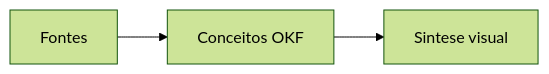
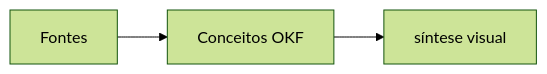
The diagram in references/exemplo-gold.md (renatofaria-ia/notebooklm-to-notes), drawn with Mermaid (forest theme) before and after one commit. The commit also changed other lines of this file and 13 other files, not shown here.

````diff
--- a/references/exemplo-gold.md
+++ b/references/exemplo-gold.md
@@ -16,5 +16,5 @@
 ```mermaid
 flowchart LR
     A["Fontes"] --> B["Conceitos OKF"]
-    B --> C["Sintese visual"]
+    B --> C["síntese visual"]
 ```
````
